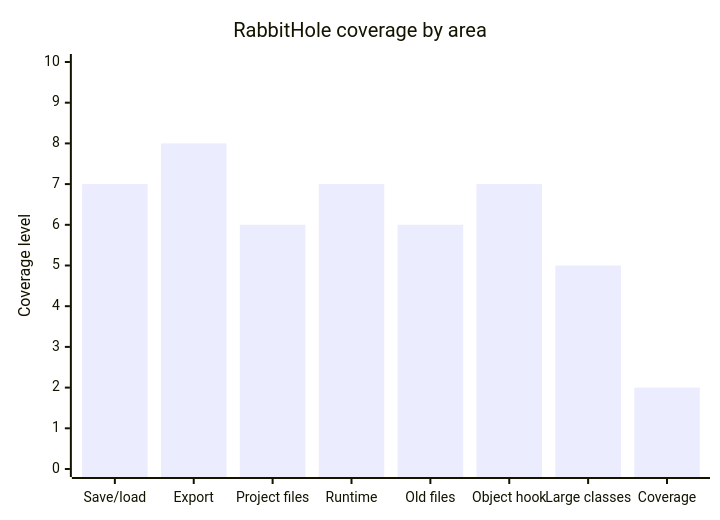
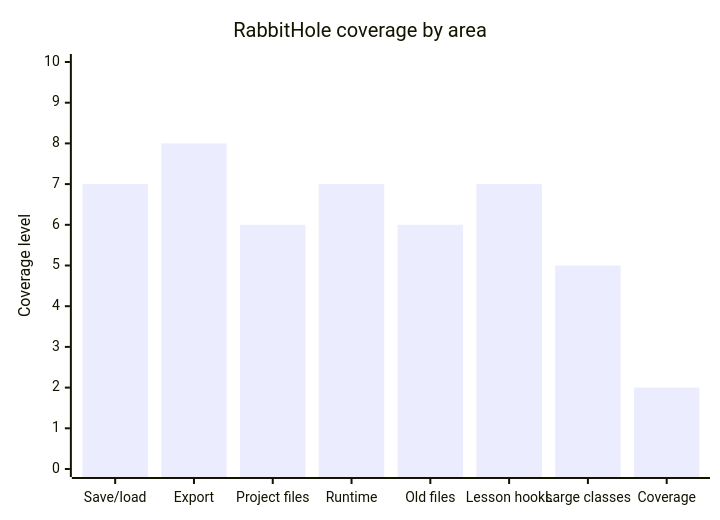
One commit to rysweet/drinkme changed the third of 6 diagrams in README.md. Above: the diagram before and after it, drawn with Mermaid. The commit also changed other lines of this file and 2 other files, not shown here.

````diff
--- a/README.md
+++ b/README.md
@@ -77,7 +77,7 @@
 ```mermaid
 xychart-beta
   title "RabbitHole coverage by area"
-  x-axis ["Save/load", "Export", "Project files", "Runtime", "Old files", "Object hook", "Large classes", "Coverage"]
+  x-axis ["Save/load", "Export", "Project files", "Runtime", "Old files", "Lesson hooks", "Large classes", "Coverage"]
   y-axis "Coverage level" 0 --> 10
   bar [7, 8, 6, 7, 6, 7, 5, 2]
 ```
````
